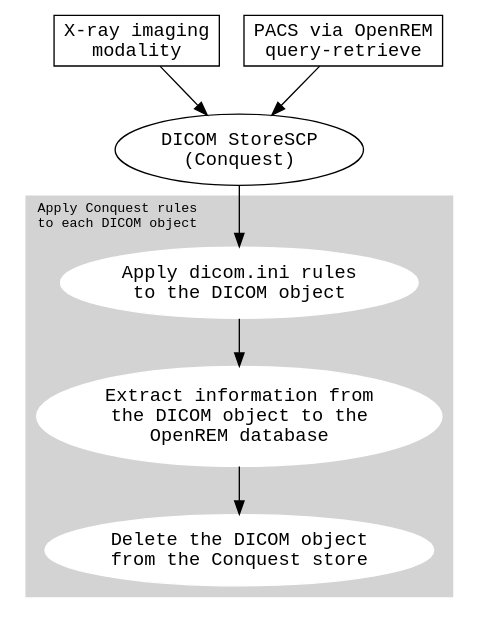
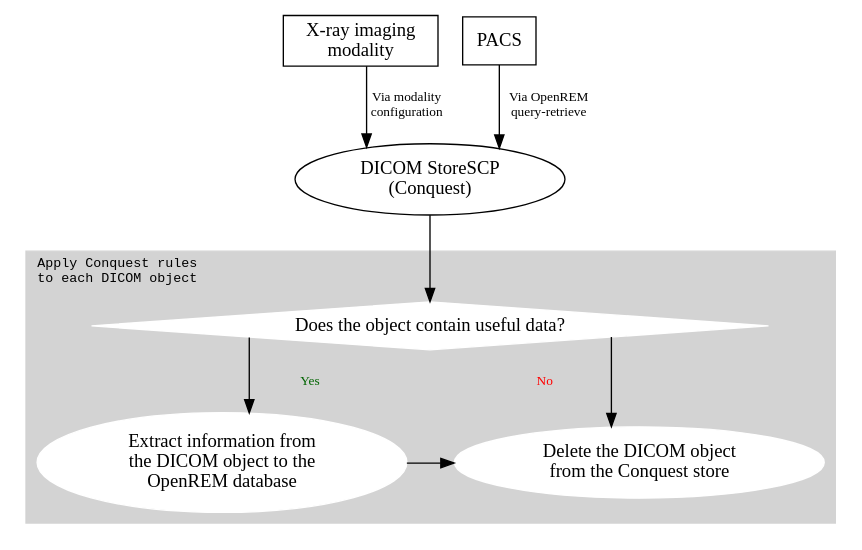
Before and after one commit to ckswilliams/modOpenREM: the second of 2 diagrams in docs/testgraphviz.rst, drawn with Graphviz. The commit also changed other lines of this file, not shown here.

Commit message:
Added a new diagram of the system components. References issue #448

```diff
--- a/docs/testgraphviz.rst
+++ b/docs/testgraphviz.rst
@@ -4,26 +56,33 @@
 .. graphviz::
 
    digraph {
+      splines=ortho;
+      fontname="Courier";
+
       subgraph cluster_rules {
          node [style=filled,color=white];
          style=filled;
          color=lightgrey;
-         conquest_script -> populate_database -> delete_object;
-         label = "Apply Conquest rules\nto each DICOM object";
-         fontname="Courier";
          fontsize=10;
          labelloc=t;
          labeljust=l;
+
+         conquest_script -> populate_database [label="Yes", fontcolor=darkgreen, fontsize=10];
+         populate_database -> delete_object;
+         conquest_script -> delete_object [label="No", fontcolor=red, fontsize=10];
+         label = "Apply Conquest rules\nto each DICOM object";
+
+         {rank=same; populate_database, delete_object};
       }
 
-      modality -> conquest;
-      pacs -> conquest;
+      modality -> conquest [label="Via modality\nconfiguration", fontsize=10];
+      pacs -> conquest [label="Via OpenREM\nquery-retrieve", fontsize=10];
       conquest -> conquest_script;
 
-      modality [shape=box, label="X-ray imaging\nmodality", fontname="Courier"];
-      pacs [shape=box, label="PACS via OpenREM\nquery-retrieve", fontname="Courier"];
-      conquest [label="DICOM StoreSCP\n(Conquest)", fontname="Courier"];
-      conquest_script [label="Apply dicom.ini rules\nto the DICOM object", fontname="Courier"];
-      populate_database [label="Extract information from\nthe DICOM object to the\nOpenREM database", fontname="Courier"];
-      delete_object [label="Delete the DICOM object\nfrom the Conquest store", fontname="Courier"];
+      modality [shape=box, label="X-ray imaging\nmodality"];
+      pacs [shape=box, label="PACS"];
+      conquest [label="DICOM StoreSCP\n(Conquest)"];
+      conquest_script [shape=diamond, label="Does the object contain useful data?"];
+      populate_database [label="Extract information from\nthe DICOM object to the\nOpenREM database"];
+      delete_object [label="Delete the DICOM object\nfrom the Conquest store"];
    }
```
